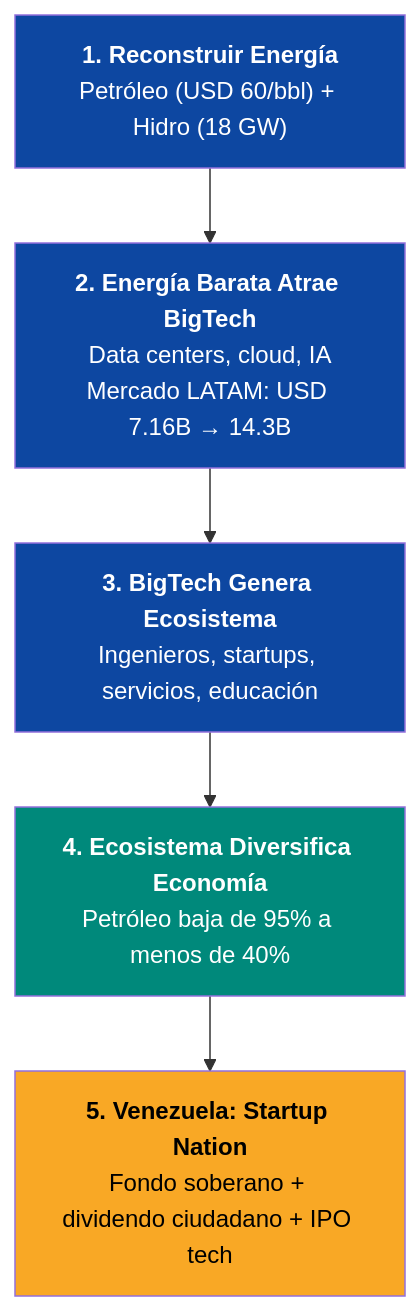
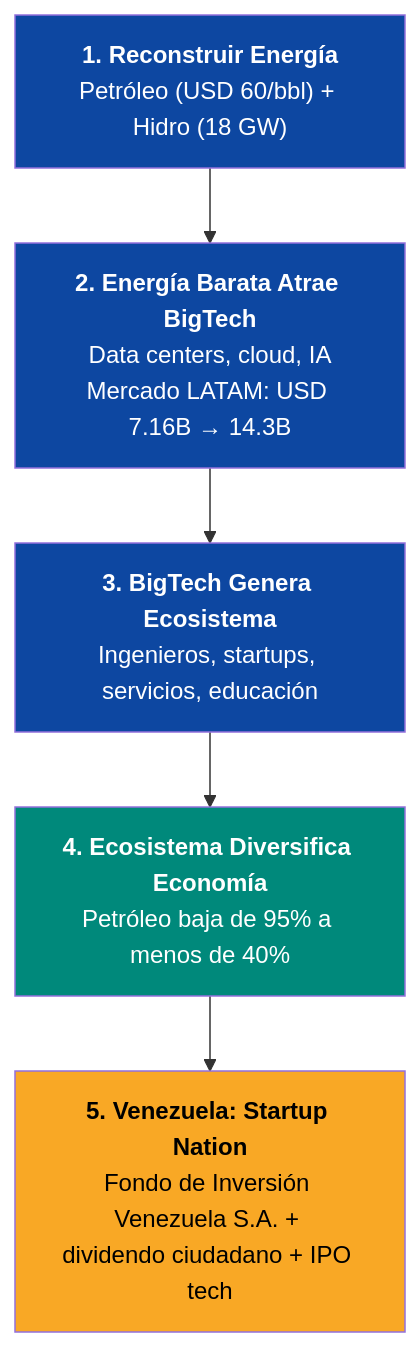
One commit to Venezuela-S-A/venezuela-sa changed the diagram in docs/intro.md. Above: the diagram before and after it, drawn with Mermaid. The commit also changed other lines of this file and 33 other files, not shown here.

First line of the commit message:
refactor: rename 'fondo soberano' to 'Fondo de Inversión Venezuela S.A.'

````diff
--- a/docs/intro.md
+++ b/docs/intro.md
@@ -46,13 +46,13 @@
 ```mermaid
 flowchart TD
     A["<b>1. Reconstruir Energía</b><br/>Petróleo (USD 60/bbl) + Hidro (18 GW)"] --> B["<b>2. Energía Barata Atrae BigTech</b><br/>Data centers, cloud, IA<br/>Mercado LATAM: USD 7.16B → 14.3B"]
     B --> C["<b>3. BigTech Genera Ecosistema</b><br/>Ingenieros, startups, servicios, educación"]
     C --> D["<b>4. Ecosistema Diversifica Economía</b><br/>Petróleo baja de 95% a menos de 40%"]
-    D --> E["<b>5. Venezuela: Startup Nation</b><br/>Fondo soberano + dividendo ciudadano + IPO tech"]
+    D --> E["<b>5. Venezuela: Startup Nation</b><br/>Fondo de Inversión Venezuela S.A. + dividendo ciudadano + IPO tech"]
 
     style A fill:#0D47A1,color:#fff
     style B fill:#0D47A1,color:#fff
     style C fill:#0D47A1,color:#fff
     style D fill:#00897B,color:#fff
     style E fill:#F9A825,color:#000
 ```
````
